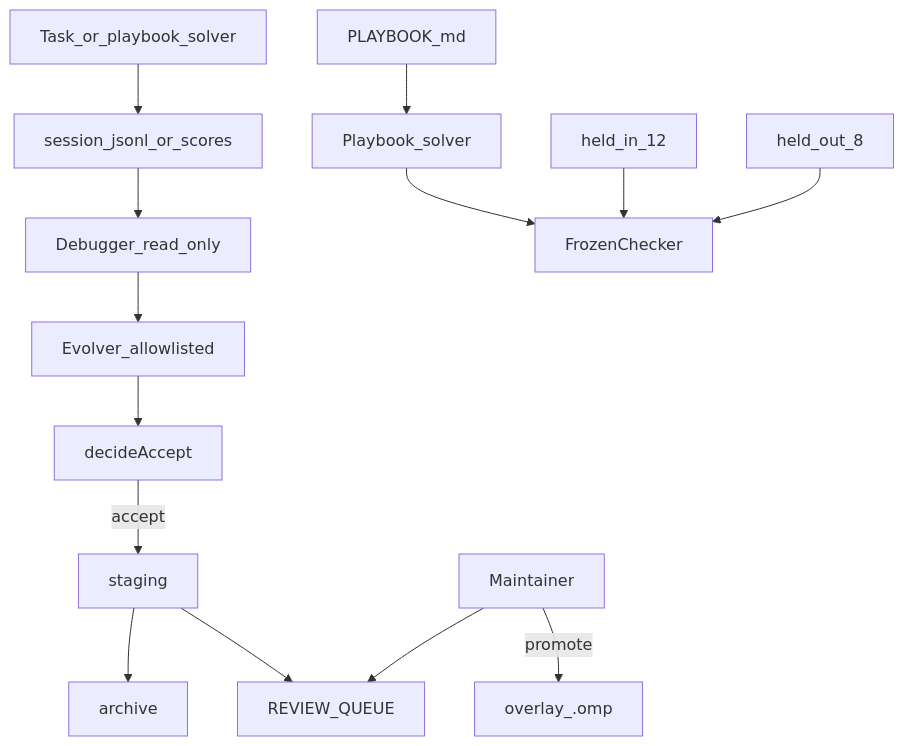
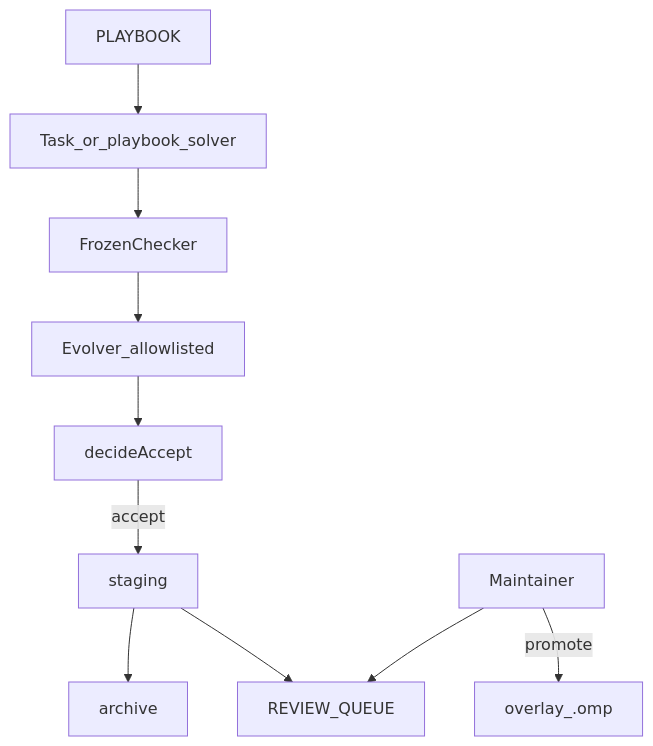
One commit to Vinayak-RZ/Improveness changed the first of 2 diagrams in README.md. Above: the diagram before and after it, drawn with Mermaid. The commit also changed other lines of this file and 3 other files, not shown here.

````diff
--- a/README.md
+++ b/README.md
@@ -71,16 +92,12 @@
 ```mermaid
 flowchart TD
-  task[Task_or_playbook_solver] --> traces[session_jsonl_or_scores]
-  traces --> debugger[Debugger_read_only]
-  debugger --> evolver[Evolver_allowlisted]
-  playbook[PLAYBOOK_md] --> solver[Playbook_solver]
-  solver --> checker[FrozenChecker]
-  heldIn[held_in_12] --> checker
-  heldOut[held_out_8] --> checker
+  task[Task_or_playbook_solver] --> scores[FrozenChecker]
+  playbook[PLAYBOOK] --> task
+  scores --> evolver[Evolver_allowlisted]
   evolver --> decide[decideAccept]
   decide -->|accept| staging[staging]
   staging --> archive[archive]
   staging --> queue[REVIEW_QUEUE]
   human[Maintainer] --> queue
   human -->|promote| overlay[overlay_.omp]
 ```
````
